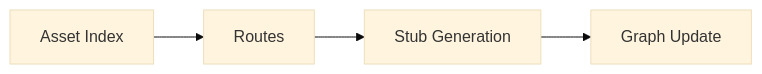
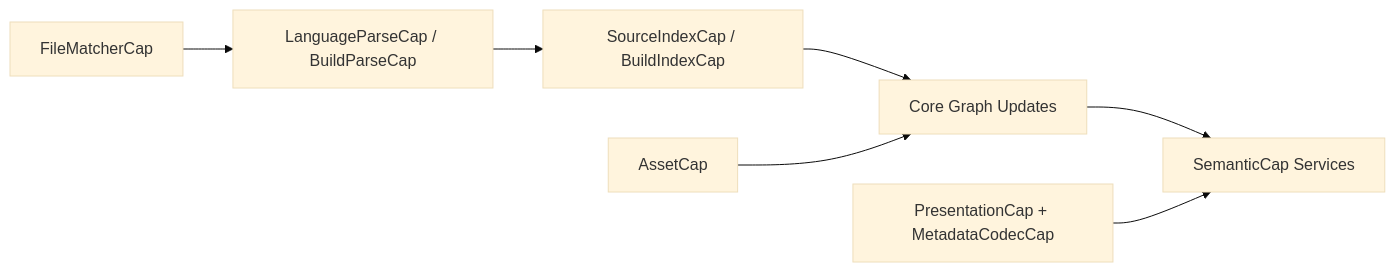
The diagram in docs/plugins/contracts.md (biuld/naviscope), drawn with Mermaid (base theme) before and after one commit. The commit also changed other lines of this file and 2 other files, not shown here.

Commit message:
refactor(docs): enhance plugin contracts and architecture descriptions for clarity

````diff
--- a/docs/plugins/contracts.md
+++ b/docs/plugins/contracts.md
@@ -17,6 +40,9 @@
 ```mermaid
 flowchart LR
-    Index[Asset Index] --> Route[Routes]
-    Route --> Stub[Stub Generation]
-    Stub --> Graph[Graph Update]
+    Match[FileMatcherCap] --> Parse[LanguageParseCap / BuildParseCap]
+    Parse --> Index[SourceIndexCap / BuildIndexCap]
+    Index --> Graph[Core Graph Updates]
+    Graph --> Runtime[SemanticCap Services]
+    Asset[AssetCap] --> Graph
+    Present[PresentationCap + MetadataCodecCap] --> Runtime
 ```
````
